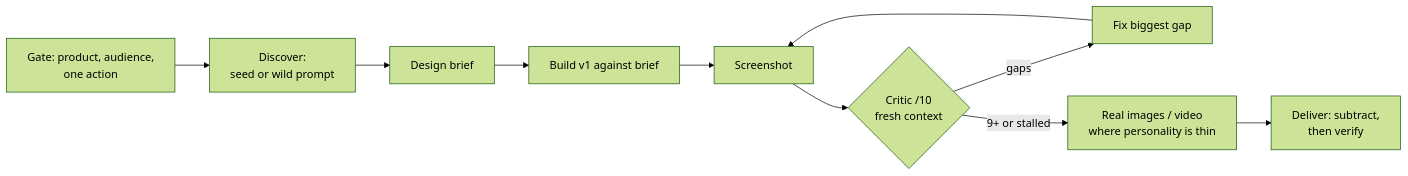
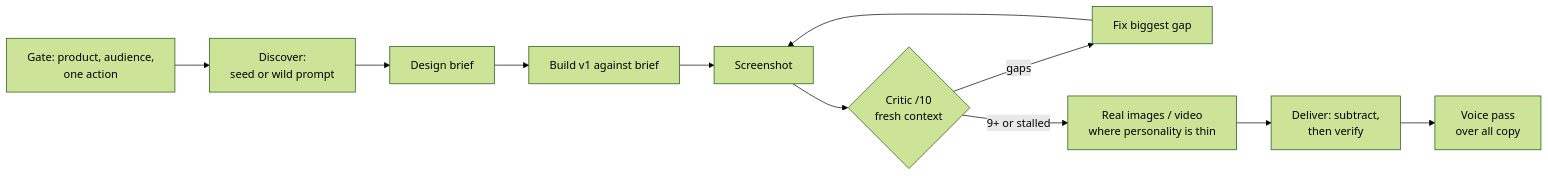
The diagram in plugins/dev-hooks/skills/design-process/SKILL.md (mickzijdel/dev-hooks), drawn with Mermaid (forest theme) before and after one commit. The commit also changed other lines of this file and 3 other files, not shown here.

First line of the commit message:
feat(design-process): finish Deliver with a voice pass over all copy

````diff
--- a/plugins/dev-hooks/skills/design-process/SKILL.md
+++ b/plugins/dev-hooks/skills/design-process/SKILL.md
@@ -92,12 +97,13 @@
 ```mermaid
 flowchart LR
     G[Gate: product, audience,\none action] --> D1[Discover:\nseed or wild prompt]
     D1 --> B[Design brief]
     B --> V[Build v1 against brief]
     V --> S[Screenshot]
     S --> C{Critic /10\nfresh context}
     C -- "gaps" --> F[Fix biggest gap]
     F --> S
     C -- "9+ or stalled" --> A[Real images / video\nwhere personality is thin]
     A --> P[Deliver: subtract,\nthen verify]
+    P --> W[Voice pass\nover all copy]
 ```
````
